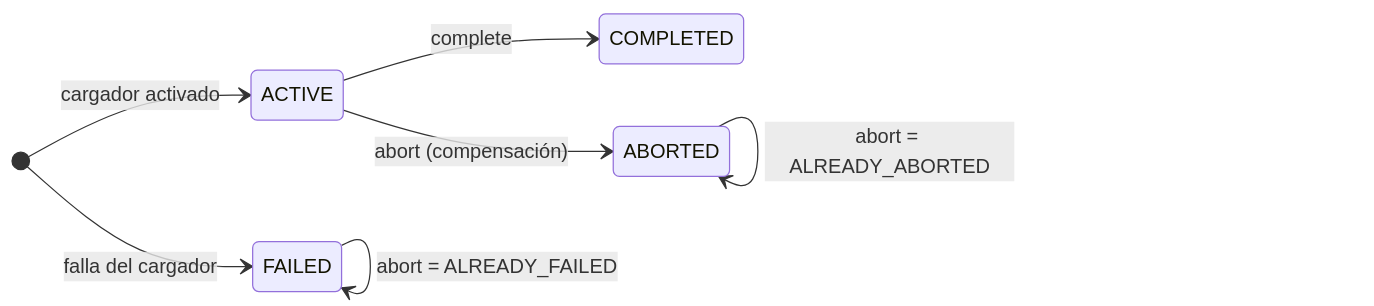
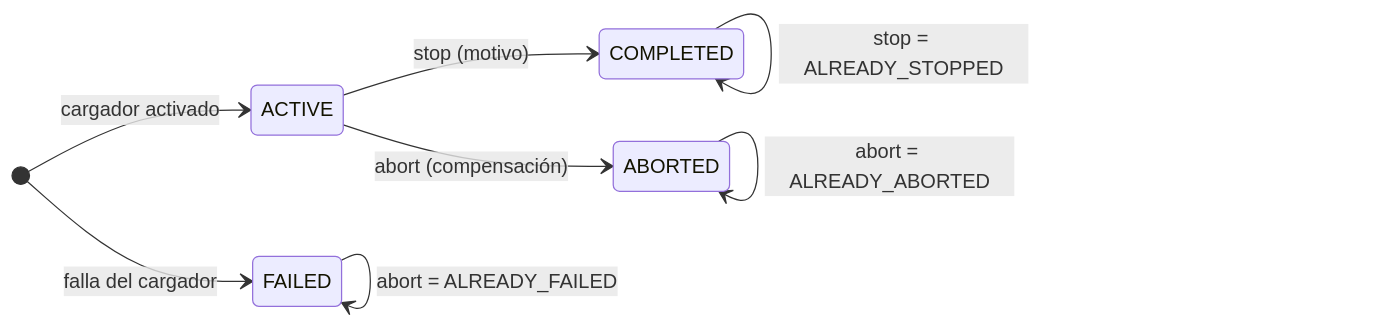
Before and after one commit to santiagoSaMi/aegisvolt: the third of 3 diagrams in docs/architecture/10-modelo-de-dominio.md, drawn with Mermaid. The commit also changed other lines of this file and 86 other files, not shown here.

````diff
--- a/docs/architecture/10-modelo-de-dominio.md
+++ b/docs/architecture/10-modelo-de-dominio.md
@@ -90,10 +90,11 @@
 ```mermaid
 stateDiagram-v2
   direction LR
   [*] --> ACTIVE: cargador activado
   [*] --> FAILED: falla del cargador
-  ACTIVE --> COMPLETED: complete
+  ACTIVE --> COMPLETED: stop (motivo)
+  COMPLETED --> COMPLETED: stop = ALREADY_STOPPED
   ACTIVE --> ABORTED: abort (compensación)
   FAILED --> FAILED: abort = ALREADY_FAILED
   ABORTED --> ABORTED: abort = ALREADY_ABORTED
 ```
````
